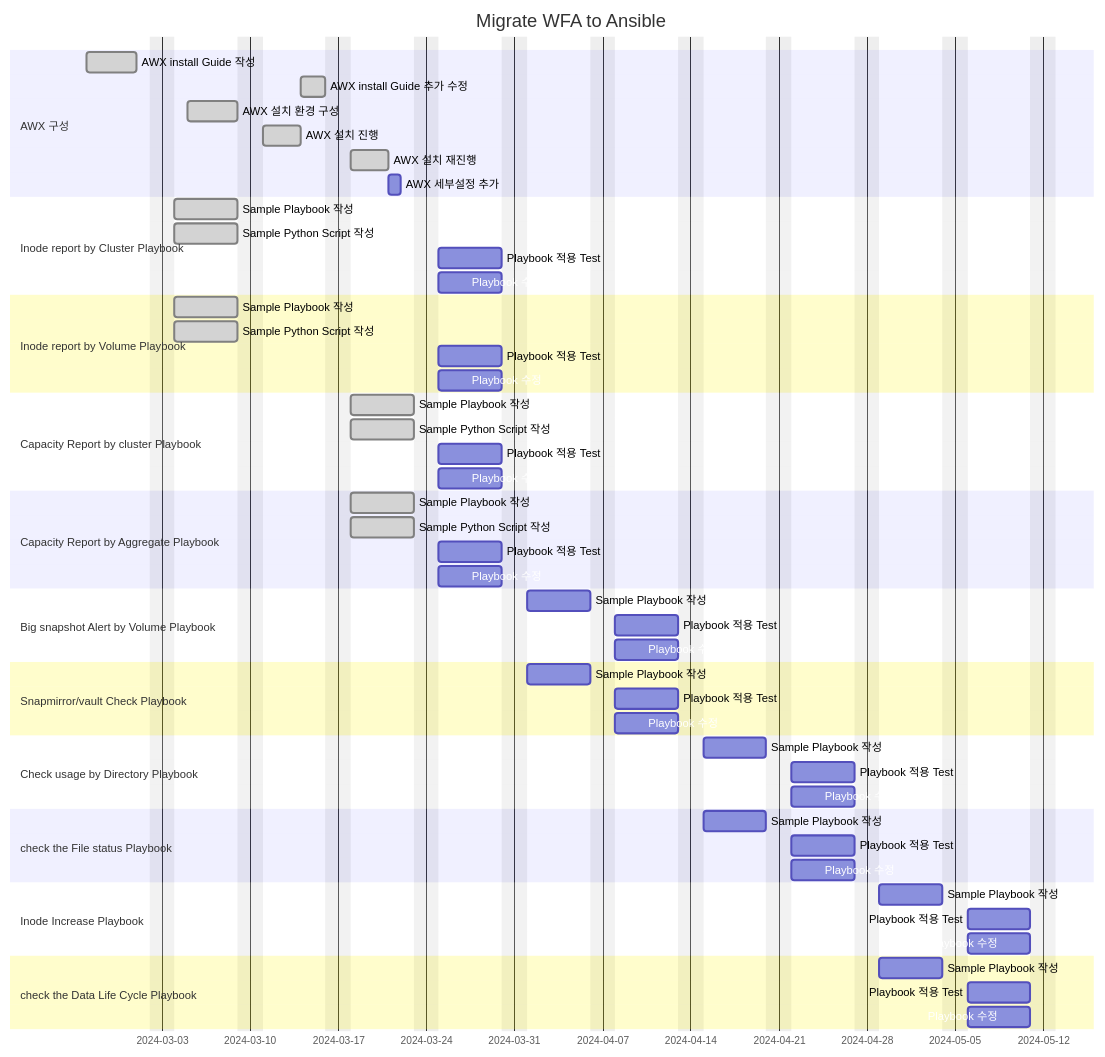
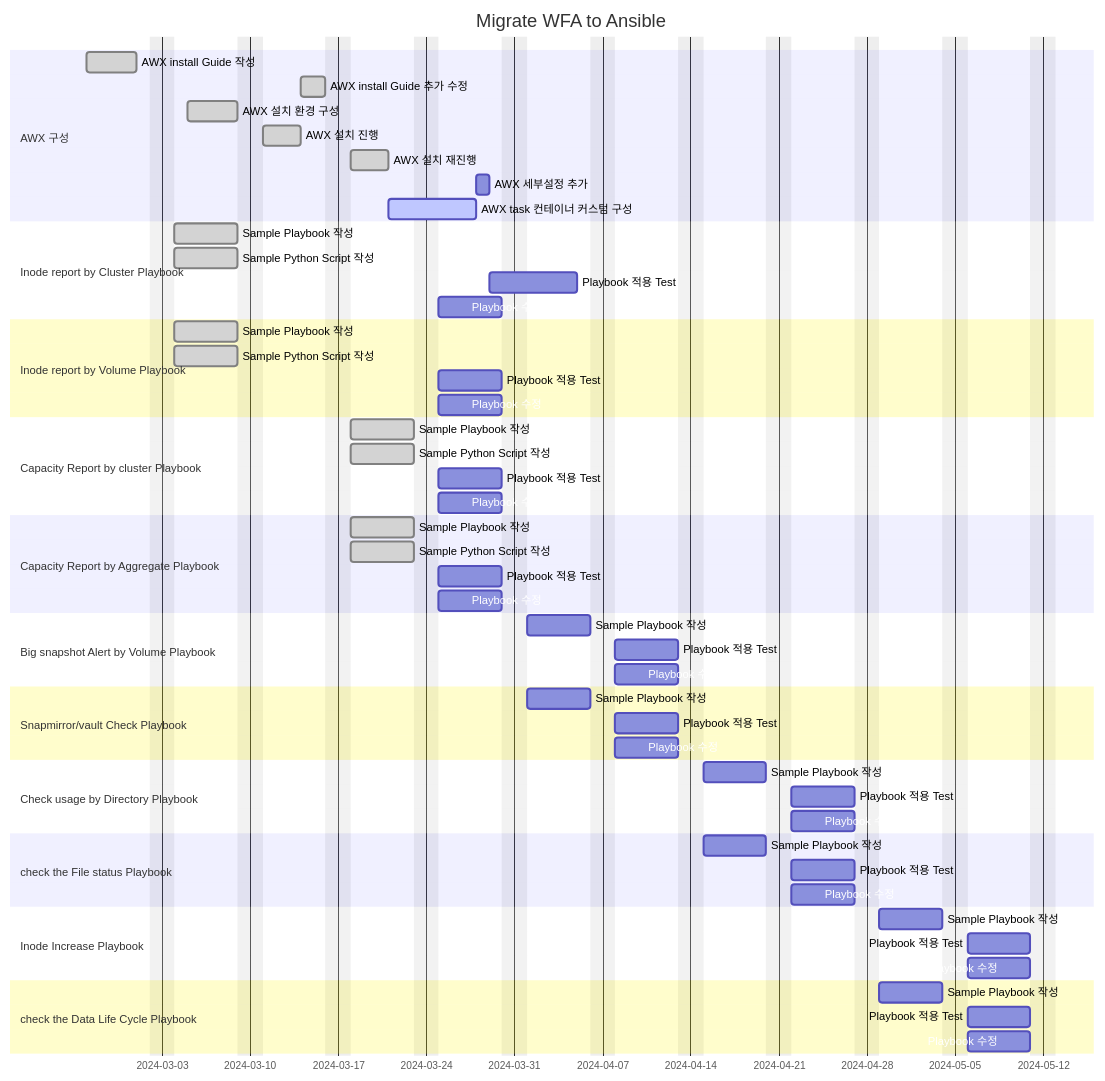
The diagram in SKHynix/Readme.md (netappkr/AnsiblePlaybook), drawn with Mermaid before and after one commit. The commit also changed other lines of this file, not shown here.

````diff
--- a/SKHynix/Readme.md
+++ b/SKHynix/Readme.md
@@ -63,68 +64,69 @@
 ```mermaid
 gantt
     title Migrate WFA to Ansible
     dateFormat  YYYY-MM-DD
     excludes    weekends
 
     section AWX 구성
     AWX install Guide 작성  : done, awx1, 2024-02-26, 4d
     AWX install Guide 추가 수정  : done, awx1-1, after awx3, 2d
     AWX 설치 환경 구성  : done, awx2, 2024-03-05, 4d
     AWX 설치 진행 : done, awx3, after awx2 , 3d
     AWX 설치 재진행 : done, awx3-1, after awx1-1 , 3d
-    AWX 세부설정 추가 : awx4, after awx3-1, 1d
+    AWX 세부설정 추가 : awx4, after awx3-2, 1d
+    AWX task 컨테이너 커스텀 구성: active, awx3-2, after awx3-1, 5d
 
     section Inode report by Cluster Playbook
     Sample Playbook 작성 : done,p1-1, 2024-03-04, 5d
     Sample Python Script 작성 : done, p1-2, 2024-03-04, 5d
-    Playbook 적용 Test: p1-3, 2024-03-25,  5d
+    Playbook 적용 Test: p1-3, after awx4,  5d
     Playbook 수정 : p1-4, 2024-03-25 , 5d
 
     section Inode report by Volume Playbook
     Sample Playbook 작성 : done, p2-1, 2024-03-04, 5d
     Sample Python Script 작성 : done, p2-2, 2024-03-04, 5d
     Playbook 적용 Test: p2-3, 2024-03-25,  5d
     Playbook 수정 : p2-4, 2024-03-25 , 5d
 
     section Capacity Report by cluster Playbook
     Sample Playbook 작성 : done, p3-1, 2024-03-18, 5d
     Sample Python Script 작성 : done, p3-2, 2024-03-18, 5d
     Playbook 적용 Test: p3-3, after p3-1,  5d
     Playbook 수정 : p3-4, after p3-1 , 5d
 
     section Capacity Report by Aggregate Playbook
     Sample Playbook 작성 : done, p4-1, 2024-03-18, 5d
     Sample Python Script 작성 : done, p4-2, 2024-03-18, 5d
     Playbook 적용 Test: p4-3, after p4-1,  5d
     Playbook 수정 : p4-3, after p4-1 , 5d
 
     section Big snapshot Alert by Volume Playbook
     Sample Playbook 작성 : p5-1, 2024-04-01, 5d
     Playbook 적용 Test: p5-2, after p5-1,  5d
     Playbook 수정 : p5-3, after p5-1 , 5d
 
     section Snapmirror/vault Check Playbook
     Sample Playbook 작성 : p6-1, 2024-04-01, 5d
     Playbook 적용 Test: p6-2, after p6-1,  5d
     Playbook 수정 : p6-3, after p6-1 , 5d
 
     section Check usage by Directory Playbook
     Sample Playbook 작성 : p7-1, 2024-04-15, 5d
     Playbook 적용 Test: p7-2, after p7-1,  5d
     Playbook 수정 : p7-3, after p7-1 , 5d
 
     section check the File status Playbook
     Sample Playbook 작성 : p8-1, 2024-04-15, 5d
     Playbook 적용 Test: p8-2, after p8-1,  5d
     Playbook 수정 : p8-3, after p8-1 , 5d
 
     section Inode Increase Playbook
     Sample Playbook 작성 : p9-1, 2024-04-29, 5d
     Playbook 적용 Test: p9-2, after p9-1,  5d
     Playbook 수정 : p9-3, after p9-1 , 5d
 
     section check the Data Life Cycle Playbook
     Sample Playbook 작성 : p10-1, 2024-04-29, 5d
     Playbook 적용 Test: p10-2, after p10-1,  5d
     Playbook 수정 : p10-3, after p10-1 , 5d
 ```
````
